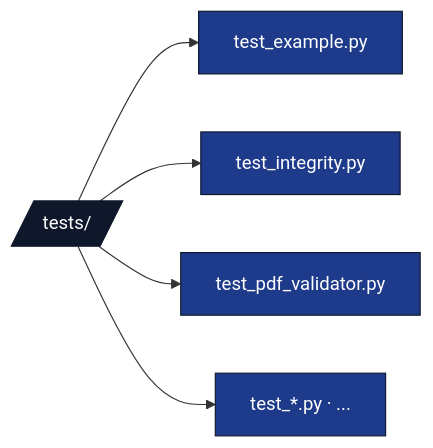
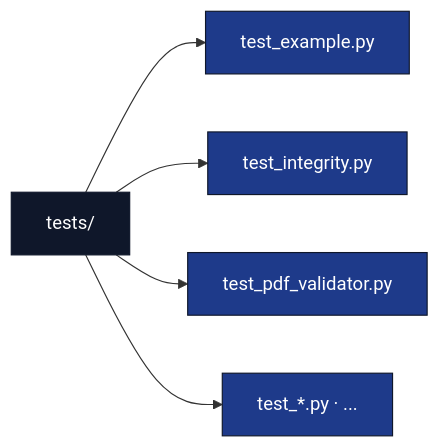
Before and after one commit to docxology/template: the second of 2 diagrams in docs/best-practices/best-practices.md, drawn with Mermaid. The commit also changed other lines of this file and 94 other files, not shown here.

````diff
--- a/docs/best-practices/best-practices.md
+++ b/docs/best-practices/best-practices.md
@@ -112,13 +112,13 @@
 ```mermaid
 flowchart LR
-    T[/tests//]
+    T[tests/]
     T --> EX[test_example.py]
     T --> INT[test_integrity.py]
     T --> PDF[test_pdf_validator.py]
     T --> ETC[test_*.py · ...]
 
     classDef d fill:#0f172a,stroke:#0f172a,color:#fff
     classDef code fill:#1e3a8a,stroke:#0f172a,color:#fff
     class T d
     class EX,INT,PDF,ETC code
 ```
````
